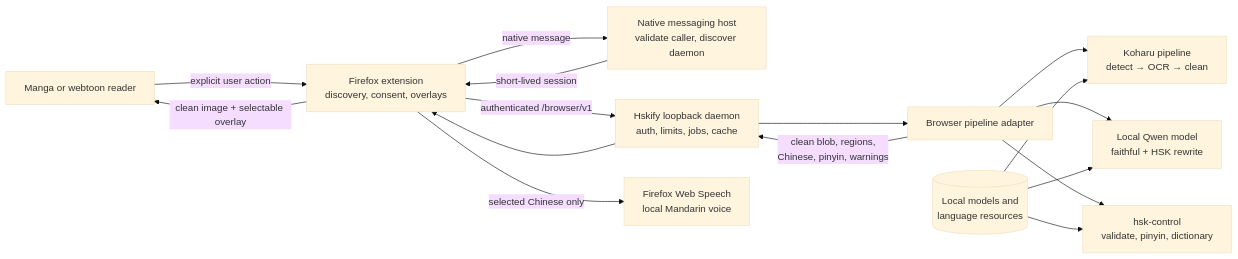
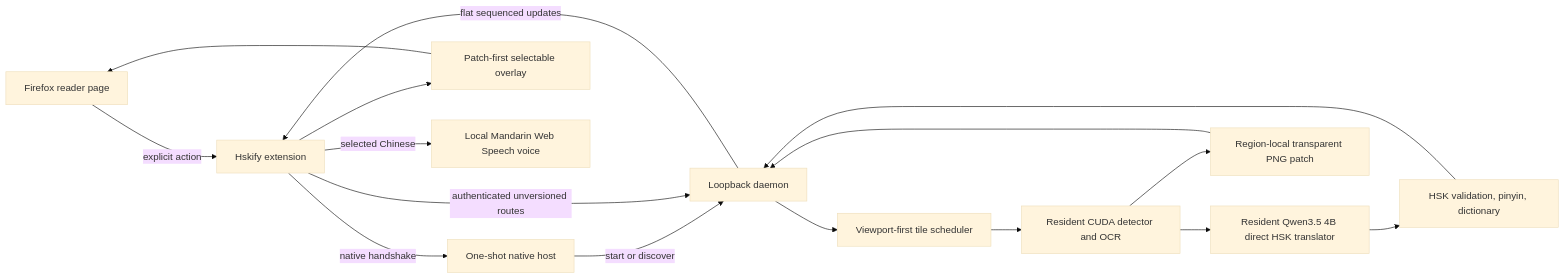
One commit to jzheng2017/hskify changed the diagram in docs/architecture.md. Above: the diagram before and after it, drawn with Mermaid (base theme). The commit also changed other lines of this file and 352 other files, not shown here.

Commit message:
Rewrite Hskify for progressive CUDA webtoon translation

````diff
--- a/docs/architecture.md
+++ b/docs/architecture.md
@@ -11,29 +10,27 @@
 ```mermaid
 flowchart LR
-    Reader["Manga or webtoon reader"]
-    Extension["Firefox extension<br/>discovery, consent, overlays"]
-    Native["Native messaging host<br/>validate caller, discover daemon"]
-    Daemon["Hskify loopback daemon<br/>auth, limits, jobs, cache"]
-    Adapter["Browser pipeline adapter"]
-    Koharu["Koharu pipeline<br/>detect → OCR → clean"]
-    Qwen["Local Qwen model<br/>faithful + HSK rewrite"]
-    Control["hsk-control<br/>validate, pinyin, dictionary"]
-    Data[("Local models and<br/>language resources")]
-    Voice["Firefox Web Speech<br/>local Mandarin voice"]
+    Reader["Firefox reader page"]
+    Extension["Hskify extension"]
+    Host["One-shot native host"]
+    Daemon["Loopback daemon"]
+    Scheduler["Viewport-first tile scheduler"]
+    Vision["Resident CUDA detector and OCR"]
+    Translator["Resident Qwen3.5 4B direct HSK translator"]
+    Control["HSK validation, pinyin, dictionary"]
+    Patch["Region-local transparent PNG patch"]
+    Overlay["Patch-first selectable overlay"]
+    Speech["Local Mandarin Web Speech voice"]
 
-    Reader -->|"explicit user action"| Extension
-    Extension -->|"native message"| Native
-    Native -->|"short-lived session"| Extension
-    Extension -->|"authenticated /browser/v1"| Daemon
-    Daemon --> Adapter
-    Adapter --> Koharu
-    Adapter --> Qwen
-    Adapter --> Control
-    Data --> Koharu
-    Data --> Qwen
-    Data --> Control
-    Adapter -->|"clean blob, regions,<br/>Chinese, pinyin, warnings"| Daemon
-    Daemon --> Extension
-    Extension -->|"clean image + selectable overlay"| Reader
-    Extension -->|"selected Chinese only"| Voice
+    Reader -->|"explicit action"| Extension
+    Extension -->|"native handshake"| Host
+    Host -->|"start or discover"| Daemon
+    Extension -->|"authenticated unversioned routes"| Daemon
+    Daemon --> Scheduler --> Vision
+    Vision --> Patch
+    Vision --> Translator --> Control
+    Patch --> Daemon
+    Control --> Daemon
+    Daemon -->|"flat sequenced updates"| Extension
+    Extension --> Overlay --> Reader
+    Extension -->|"selected Chinese"| Speech
 ```
````
